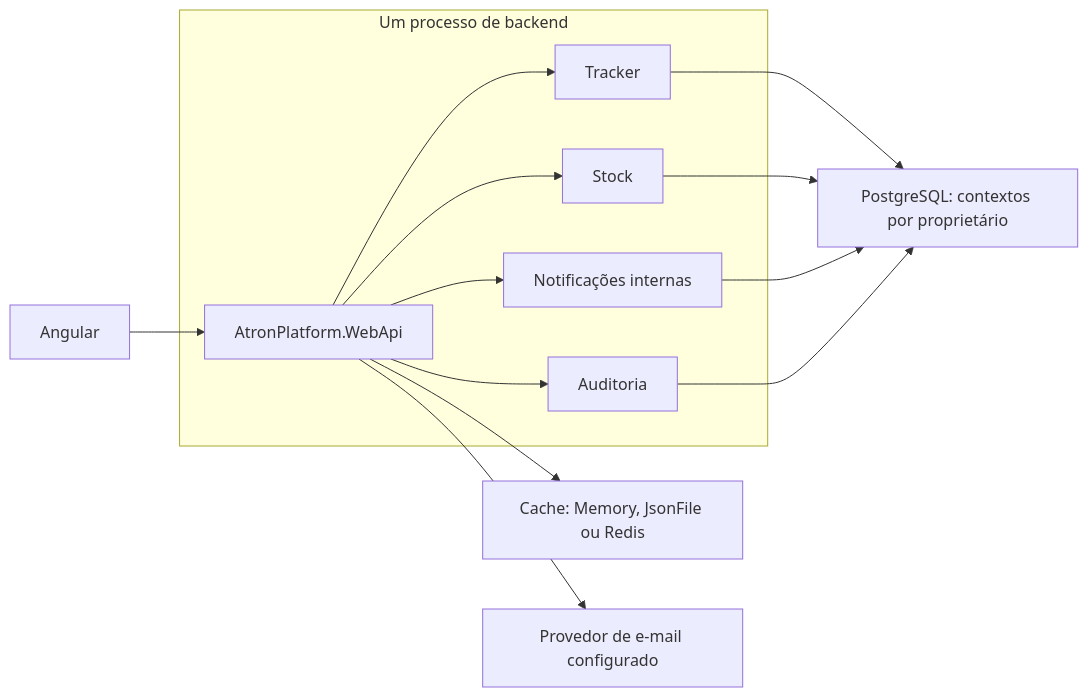
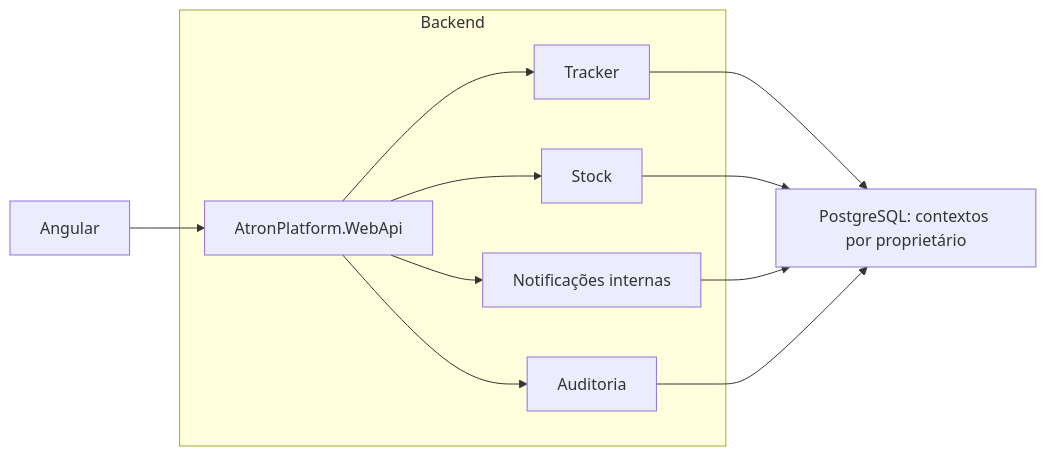
One commit to Queiroz-Dv/AtronTracker changed the diagram in README.md. Above: the diagram before and after it, drawn with Mermaid. The commit also changed other lines of this file and 19 other files, not shown here.

````diff
--- a/README.md
+++ b/README.md
@@ -52,16 +57,14 @@
 ```mermaid
 flowchart LR
     Front["Angular"] --> API["AtronPlatform.WebApi"]
-    subgraph Backend["Um processo de backend"]
+    subgraph Backend["Backend"]
         API --> Tracker["Tracker"]
         API --> Stock["Stock"]
         API --> Notificacoes["Notificações internas"]
         API --> Auditoria["Auditoria"]
     end
     Tracker --> Banco["PostgreSQL: contextos por proprietário"]
     Stock --> Banco
     Notificacoes --> Banco
-    Auditoria --> Banco
-    API --> Cache["Cache: Memory, JsonFile ou Redis"]
-    API --> Email["Provedor de e-mail configurado"]
+    Auditoria --> Banco    
 ```
````
